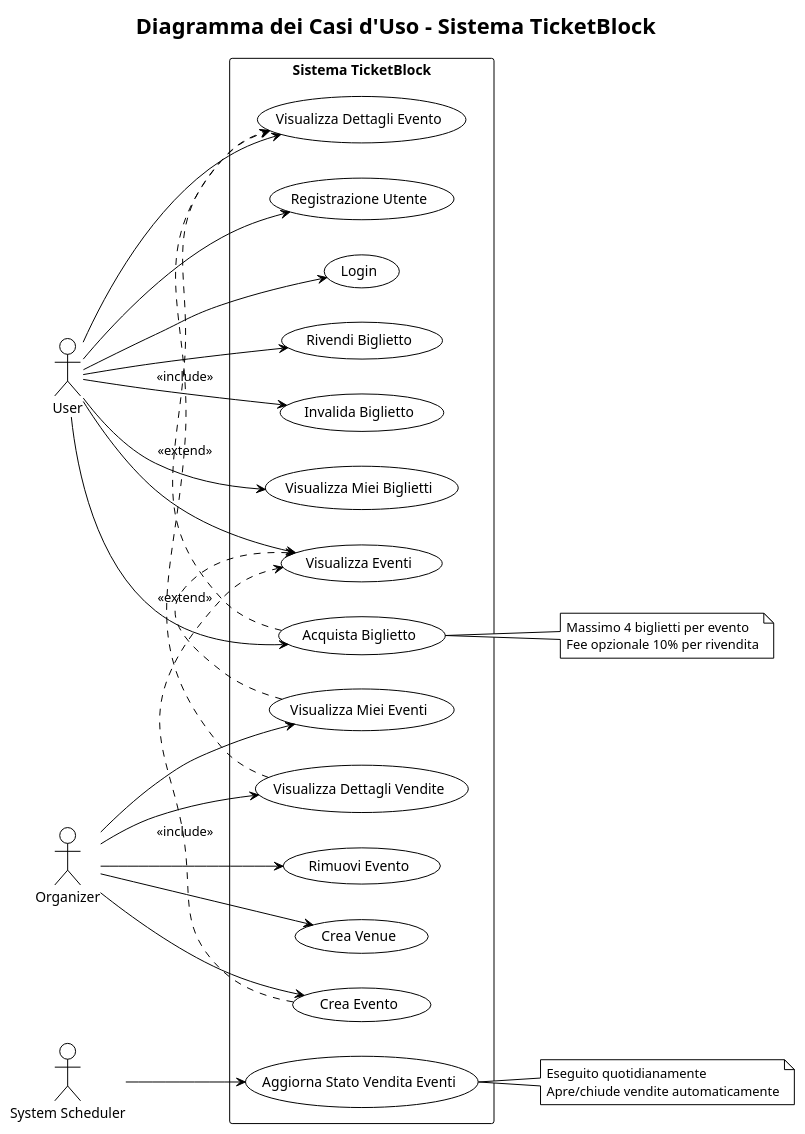
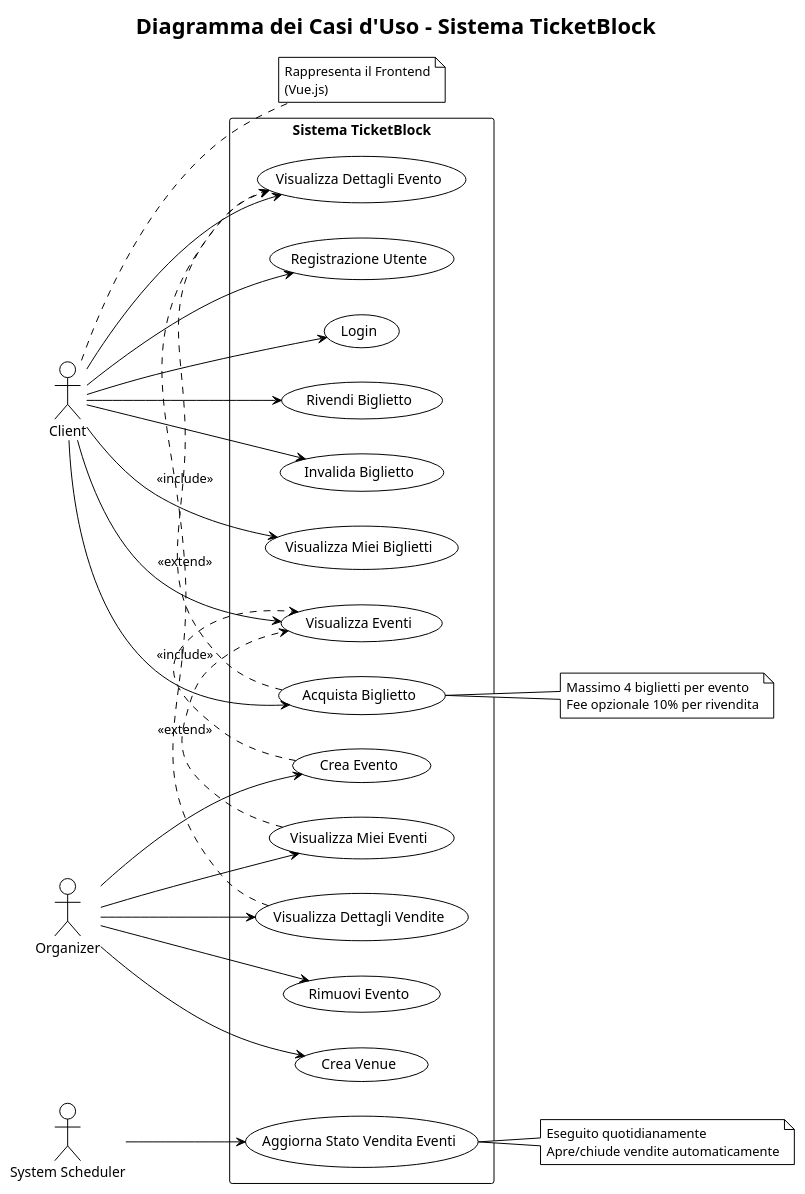
Before and after one commit to s-lusito/TicketBlock-Ing_Sw: the diagram in docs/plantuml/use-case-diagram.puml, drawn with PlantUML. The commit also changed 14 other files, not shown here.

Commit message:
Update diagrams: Client actor, blockchain errors, and add frontend class diagram

```diff
--- a/docs/plantuml/use-case-diagram.puml
+++ b/docs/plantuml/use-case-diagram.puml
@@ -1,60 +1,65 @@
 @startuml Casi d'Uso
 !theme plain
 title Diagramma dei Casi d'Uso - Sistema TicketBlock
 
 left to right direction
 
-actor "User" as User
-actor "Organizer" as Organizer
+actor "Client" as Client
+actor "Organizer" as Organizer  
 actor "System Scheduler" as System
 
 rectangle "Sistema TicketBlock" {
   usecase "Registrazione Utente" as UC12
   usecase "Login" as UC13
   usecase "Visualizza Eventi" as UC3
   usecase "Visualizza Dettagli Evento" as UC4
   usecase "Acquista Biglietto" as UC5
   usecase "Rivendi Biglietto" as UC6
   usecase "Invalida Biglietto" as UC7
   usecase "Visualizza Miei Biglietti" as UC8
   usecase "Crea Evento" as UC1
   usecase "Rimuovi Evento" as UC2
   usecase "Visualizza Miei Eventi" as UC9
   usecase "Visualizza Dettagli Vendite" as UC10
   usecase "Crea Venue" as UC11
   usecase "Aggiorna Stato Vendita Eventi" as UC14
 }
 
-User --> UC12
-User --> UC13
-User --> UC3
-User --> UC4
-User --> UC5
-User --> UC6
-User --> UC7
-User --> UC8
+Client --> UC12
+Client --> UC13
+Client --> UC3
+Client --> UC4
+Client --> UC5
+Client --> UC6
+Client --> UC7
+Client --> UC8
 
 Organizer --> UC1
 Organizer --> UC2
 Organizer --> UC9
 Organizer --> UC10
 Organizer --> UC11
 
 System --> UC14
 
 UC1 .> UC3 : <<include>>
 UC5 .> UC4 : <<include>>
 UC9 .> UC3 : <<extend>>
 UC10 .> UC4 : <<extend>>
 
 note right of UC5
   Massimo 4 biglietti per evento
   Fee opzionale 10% per rivendita
 end note
 
 note right of UC14
   Eseguito quotidianamente
   Apre/chiude vendite automaticamente
 end note
 
+note right of Client
+  Rappresenta il Frontend
+  (Vue.js)
+end note
+
 @enduml
```
